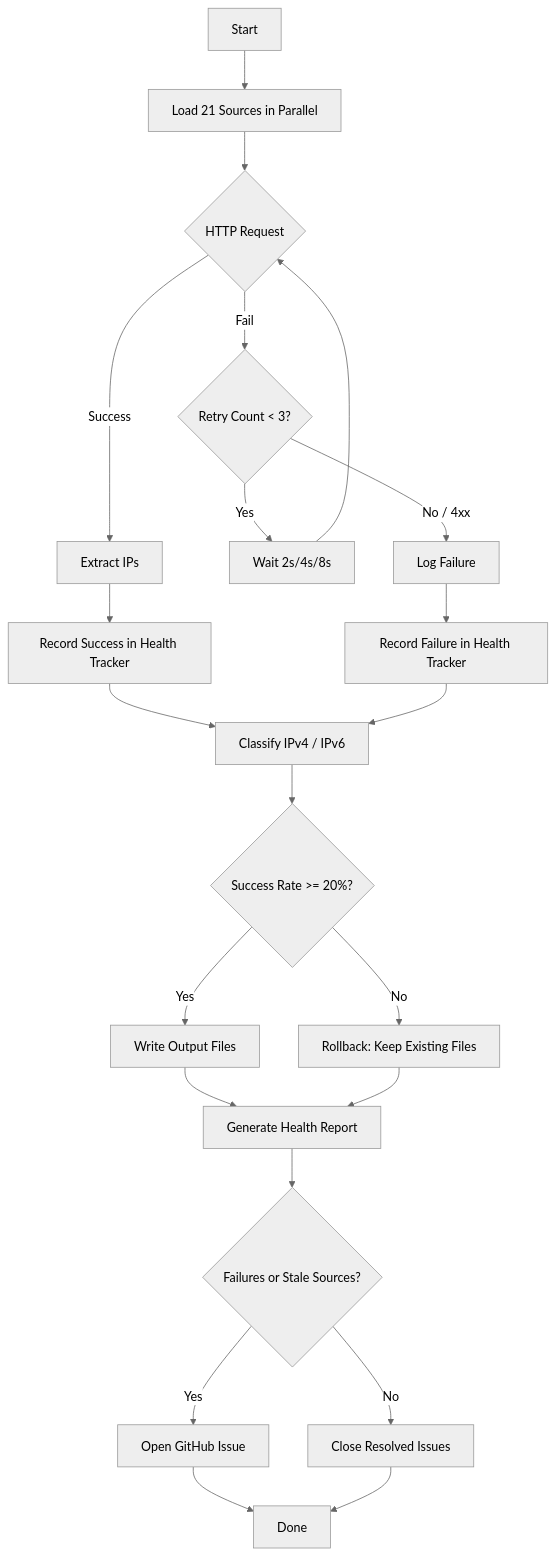
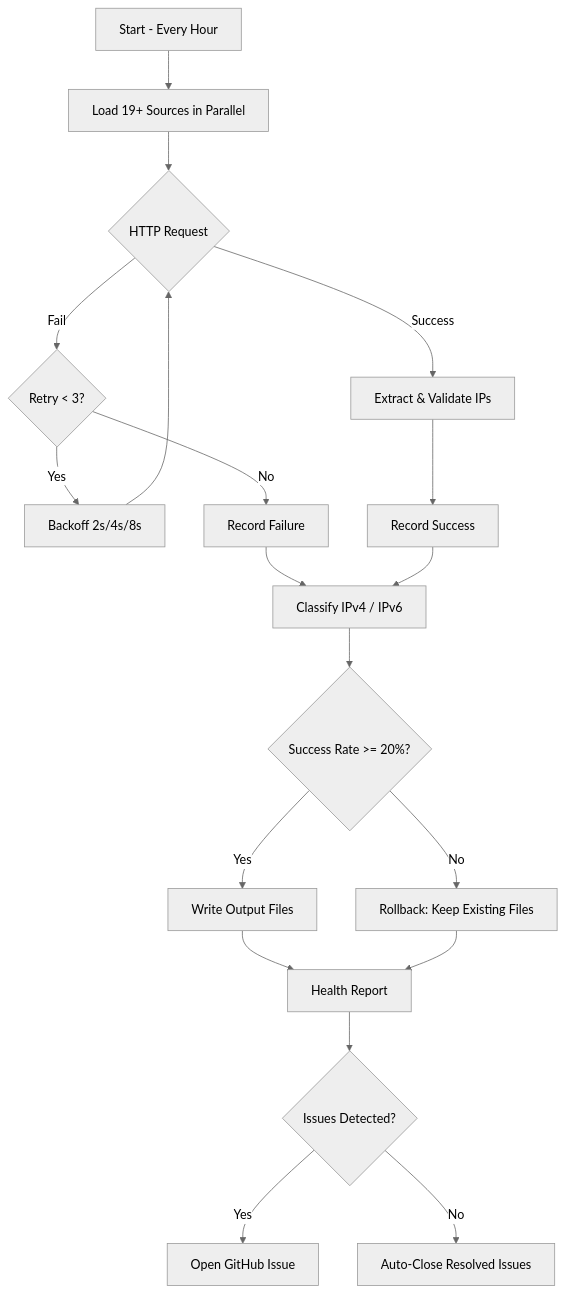
The first of 2 diagrams in README.md (ziyadnz/threat-intel-ip-feeds), drawn with Mermaid (neutral theme) before and after one commit. The commit also changed other lines of this file, not shown here.

````diff
--- a/README.md
+++ b/README.md
@@ -84,23 +298,20 @@
 ```mermaid
 flowchart TD
-    A[Start] --> B[Load 21 Sources in Parallel]
+    A[Start - Every Hour] --> B[Load 19+ Sources in Parallel]
     B --> C{HTTP Request}
-    C -->|Success| D[Extract IPs]
-    C -->|Fail| E{Retry Count < 3?}
-    E -->|Yes| F[Wait 2s/4s/8s] --> C
-    E -->|No / 4xx| G[Log Failure]
-    D --> H[Record Success in Health Tracker]
-    G --> I[Record Failure in Health Tracker]
-    H --> J[Classify IPv4 / IPv6]
-    I --> J
+    C -->|Success| D[Extract & Validate IPs]
+    C -->|Fail| E{Retry < 3?}
+    E -->|Yes| F[Backoff 2s/4s/8s] --> C
+    E -->|No| G[Record Failure]
+    D --> H[Record Success]
+    G --> J[Classify IPv4 / IPv6]
+    H --> J
     J --> K{Success Rate >= 20%?}
     K -->|Yes| L[Write Output Files]
     K -->|No| M[Rollback: Keep Existing Files]
-    L --> N[Generate Health Report]
+    L --> N[Health Report]
     M --> N
-    N --> O{Failures or Stale Sources?}
+    N --> O{Issues Detected?}
     O -->|Yes| P[Open GitHub Issue]
-    O -->|No| Q[Close Resolved Issues]
-    P --> R[Done]
-    Q --> R
+    O -->|No| Q[Auto-Close Resolved Issues]
 ```
````
